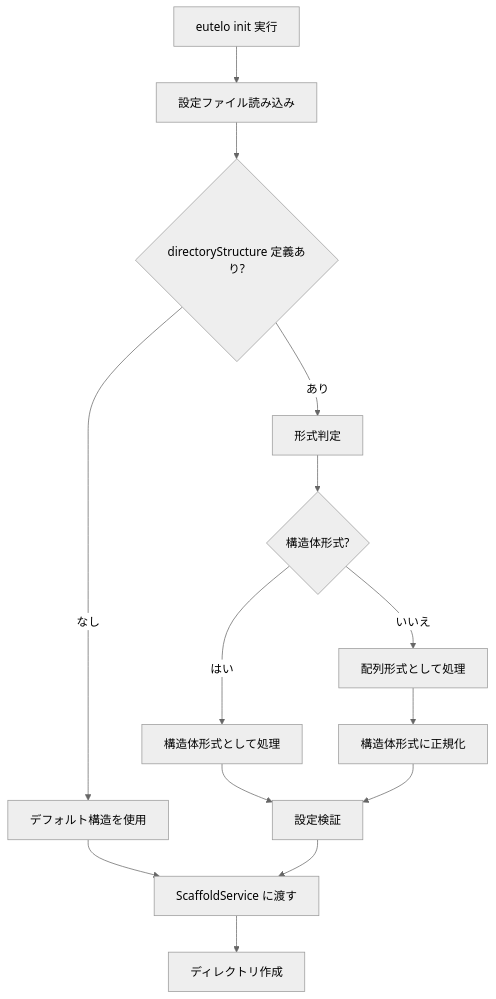
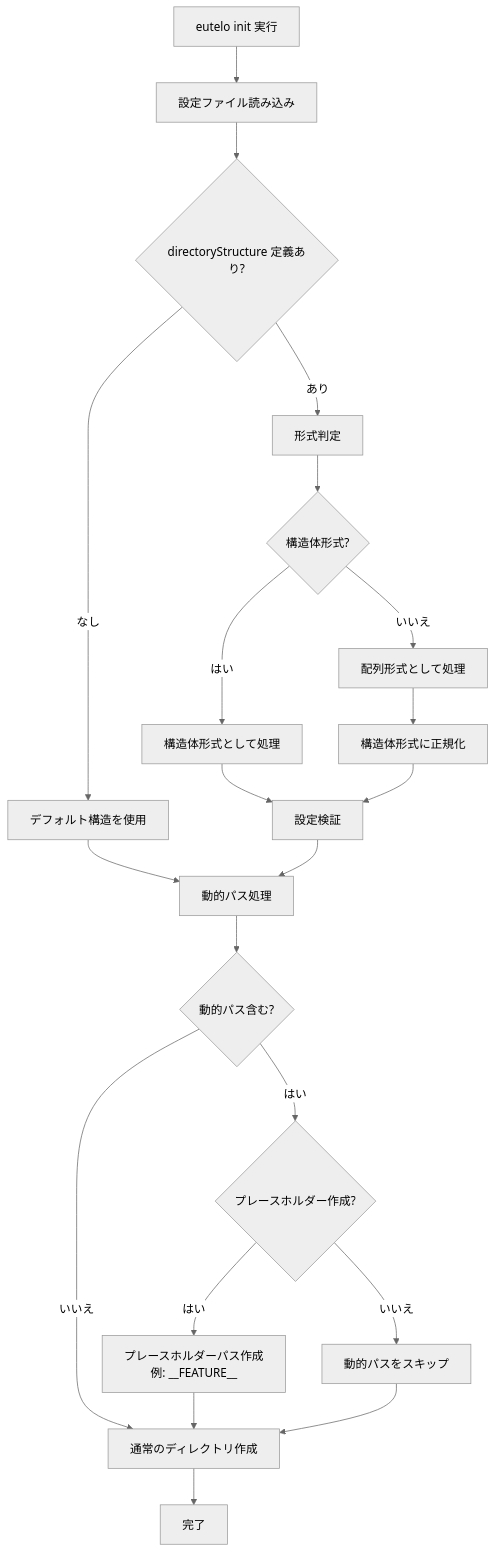
The diagram in docs/product/architecture/design/EUTELO-CONFIG-INIT-DIRECTORY-STRUCTURE/DSG-EUTELO-CONFIG-INIT-DIRECTORY-STRUCTURE.md (AkhrHysd/eutelo), drawn with Mermaid (neutral theme) before and after one commit. The commit also changed other lines of this file and 2 other files, not shown here.

````diff
--- a/docs/product/architecture/design/EUTELO-CONFIG-INIT-DIRECTORY-STRUCTURE/DSG-EUTELO-CONFIG-INIT-DIRECTORY-STRUCTURE.md
+++ b/docs/product/architecture/design/EUTELO-CONFIG-INIT-DIRECTORY-STRUCTURE/DSG-EUTELO-CONFIG-INIT-DIRECTORY-STRUCTURE.md
@@ -48,16 +49,23 @@
 ```mermaid
 flowchart TD
     A[eutelo init 実行] --> B[設定ファイル読み込み]
     B --> C{directoryStructure 定義あり?}
     C -->|あり| D[形式判定]
     C -->|なし| E[デフォルト構造を使用]
     D --> F{構造体形式?}
     F -->|はい| G[構造体形式として処理]
     F -->|いいえ| H[配列形式として処理]
     H --> I[構造体形式に正規化]
     G --> J[設定検証]
     I --> J
-    E --> K[ScaffoldService に渡す]
+    E --> K[動的パス処理]
     J --> K
-    K --> L[ディレクトリ作成]
+    K --> L{動的パス含む?}
+    L -->|はい| M{プレースホルダー作成?}
+    L -->|いいえ| N[通常のディレクトリ作成]
+    M -->|はい| O[プレースホルダーパス作成<br/>例: __FEATURE__]
+    M -->|いいえ| P[動的パスをスキップ]
+    O --> N
+    P --> N
+    N --> Q[完了]
 ```
````
